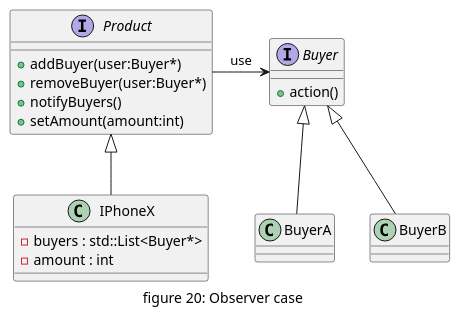
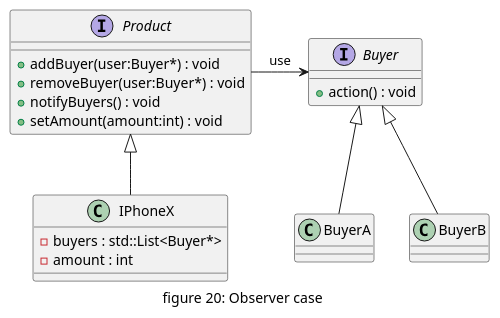
Before and after one commit to daileyet/designpattern4cplusplus: the second of 2 diagrams in doc/uml/20_observer.pu, drawn with PlantUML. The commit also changed other lines of this file and 11 other files, not shown here.

```diff
--- a/doc/uml/20_observer.pu
+++ b/doc/uml/20_observer.pu
@@ -28,31 +28,31 @@
 @startuml "figure20_observer_case"
 caption figure 20: Observer case
 
 interface Product{
-    + addBuyer(user:Buyer*)
-    + removeBuyer(user:Buyer*)
-    + notifyBuyers()
-    + setAmount(amount:int)
+    + addBuyer(user:Buyer*) : void
+    + removeBuyer(user:Buyer*) : void
+    + notifyBuyers() : void
+    + setAmount(amount:int) : void
 }
 
 interface Buyer{
-    + action()
+    + action() : void
 }
 
 class IPhoneX{
     - buyers : std::List<Buyer*>
     - amount : int
 }
 
 class BuyerA{}
 
 class BuyerB{}
 
 
 
 Product <|-- IPhoneX
 Buyer <|-- BuyerA
 Buyer <|-- BuyerB
 
 Product -right-> Buyer : use
 @enduml
```
